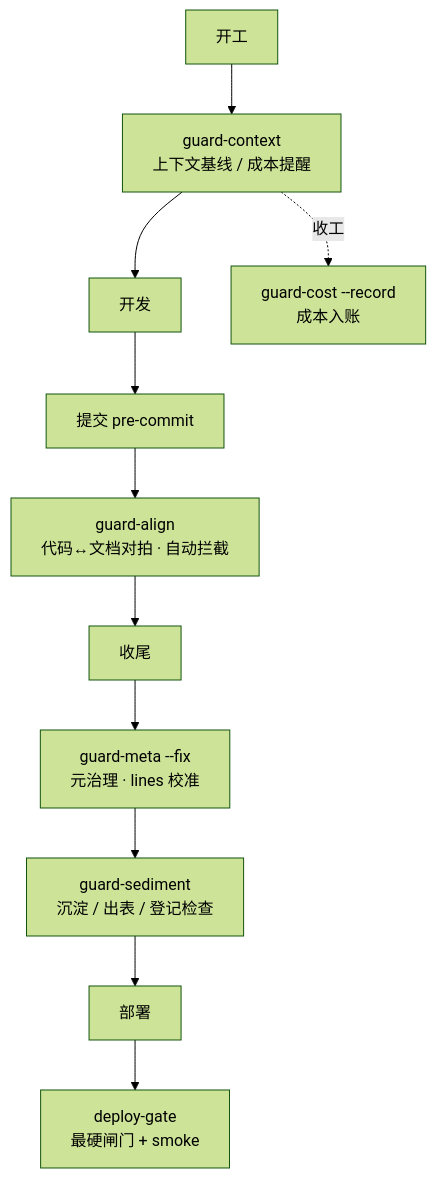
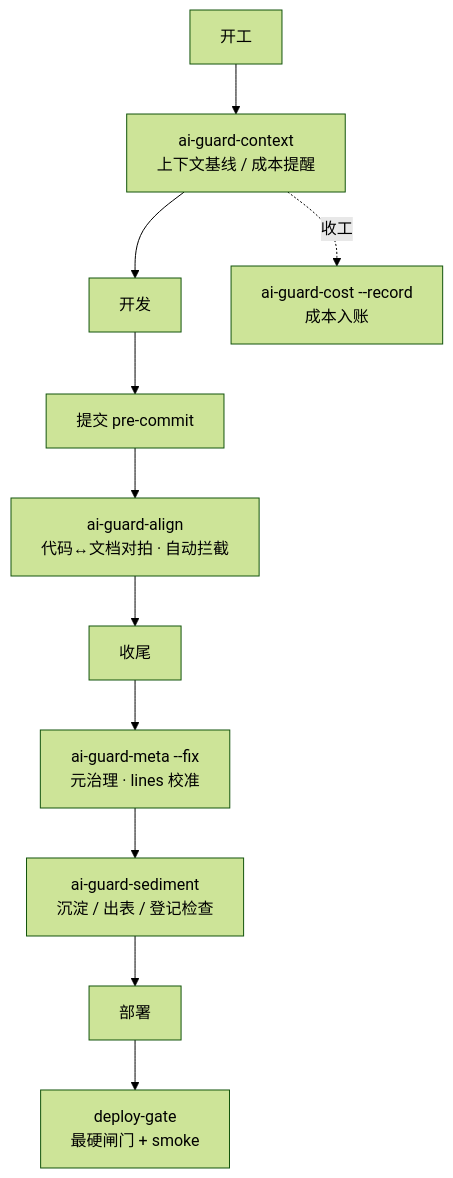
One commit to adaios/adaios changed the third of 3 diagrams in .agents/workflow/overview.md. Above: the diagram before and after it, drawn with Mermaid (forest theme). The commit also changed other lines of this file and 144 other files, not shown here.

````diff
--- a/.agents/workflow/overview.md
+++ b/.agents/workflow/overview.md
@@ -52,13 +52,13 @@
 ```mermaid
 flowchart TB
-    T1["开工"] --> G1["guard-context<br/>上下文基线 / 成本提醒"]
+    T1["开工"] --> G1["ai-guard-context<br/>上下文基线 / 成本提醒"]
     G1 --> T2["开发"]
     T2 --> T3["提交 pre-commit"]
-    T3 --> G2["guard-align<br/>代码↔文档对拍 · 自动拦截"]
+    T3 --> G2["ai-guard-align<br/>代码↔文档对拍 · 自动拦截"]
     G2 --> T4["收尾"]
-    T4 --> G3["guard-meta --fix<br/>元治理 · lines 校准"]
-    G3 --> G4["guard-sediment<br/>沉淀 / 出表 / 登记检查"]
+    T4 --> G3["ai-guard-meta --fix<br/>元治理 · lines 校准"]
+    G3 --> G4["ai-guard-sediment<br/>沉淀 / 出表 / 登记检查"]
     G4 --> T5["部署"]
     T5 --> G5["deploy-gate<br/>最硬闸门 + smoke"]
-    G1 -. 收工 .-> G6["guard-cost --record<br/>成本入账"]
+    G1 -. 收工 .-> G6["ai-guard-cost --record<br/>成本入账"]
 ```
````
